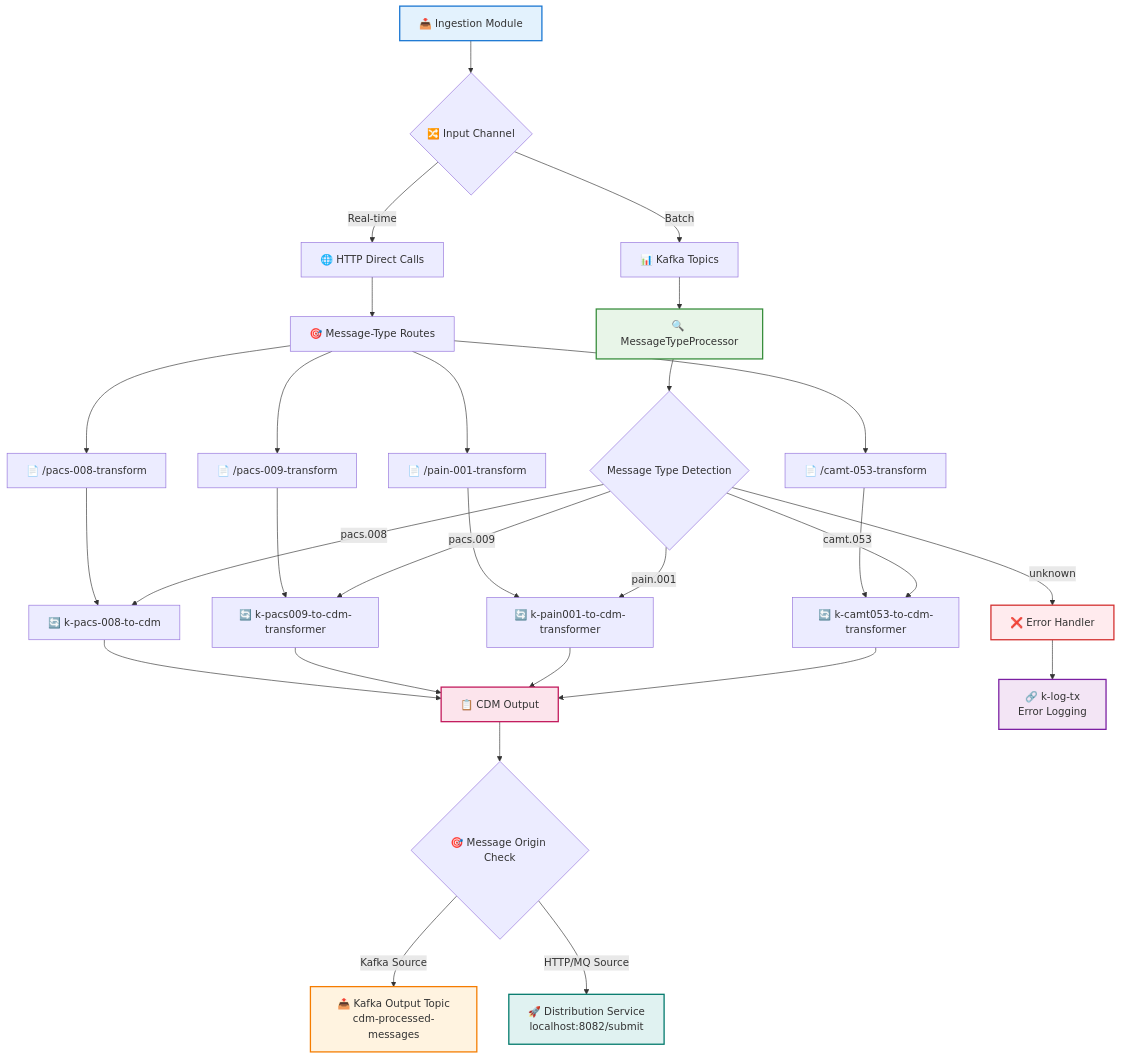
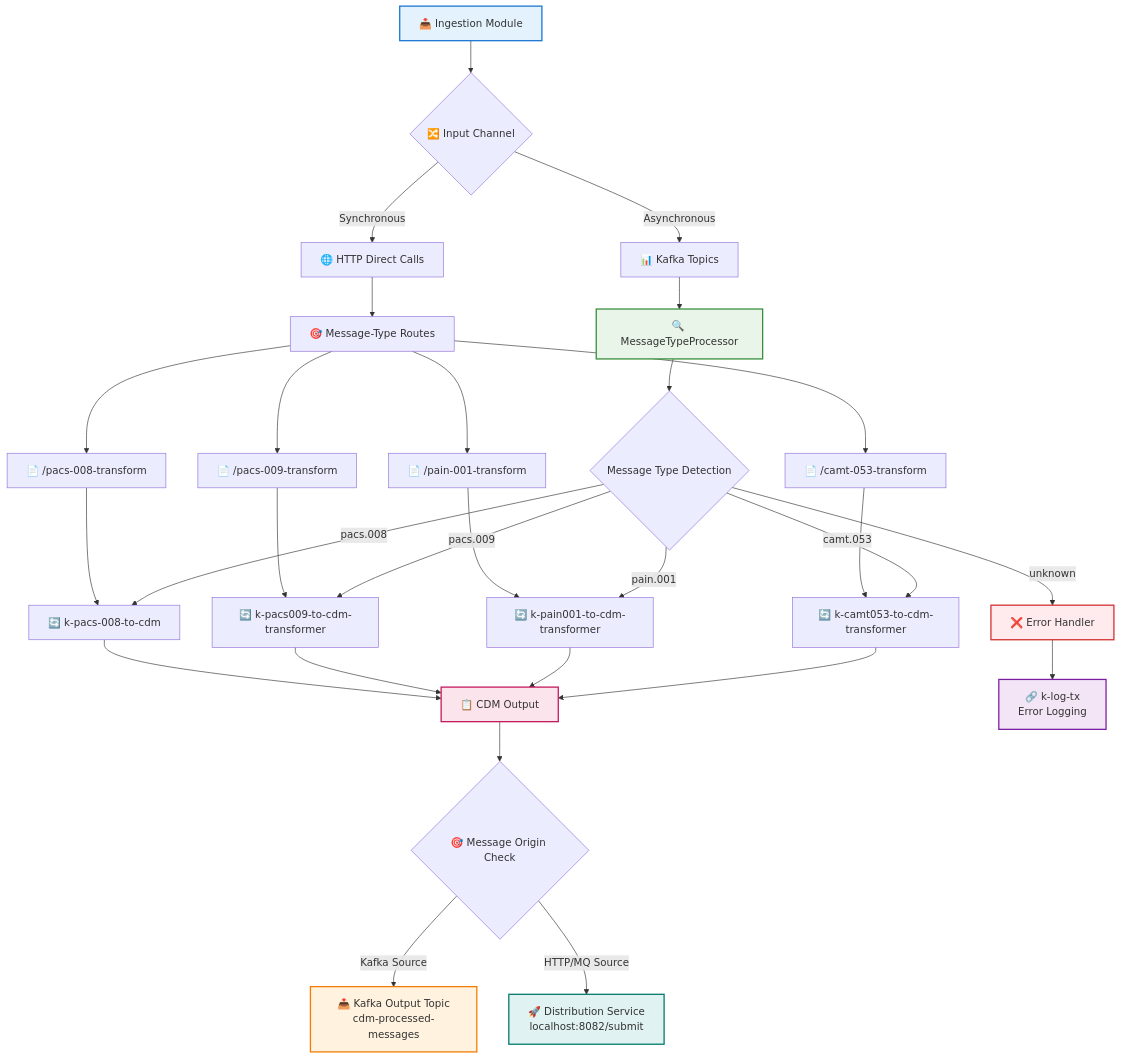
The diagram in business/README.md (nasreddine1985/pixel-v2), drawn with Mermaid before and after one commit. The commit also changed other lines of this file and 8 other files, not shown here.

Commit message:
(docs) update batch, real time expression by synchronous and asynchronous expression

````diff
--- a/business/README.md
+++ b/business/README.md
@@ -22,51 +22,51 @@
 ```mermaid
 flowchart TB
     A[📥 Ingestion Module]
 
     A --> B{🔀 Input Channel}
 
-    B -->|Real-time| C[🌐 HTTP Direct Calls]
-    B -->|Batch| D[📊 Kafka Topics]
+    B -->|Synchronous| C[🌐 HTTP Direct Calls]
+    B -->|Asynchronous| D[📊 Kafka Topics]
 
     C --> E[🎯 Message-Type Routes]
     D --> F[🔍 MessageTypeProcessor]
 
     E --> E1[📄 /pacs-008-transform]
     E --> E2[📄 /pacs-009-transform]
     E --> E3[📄 /pain-001-transform]
     E --> E4[📄 /camt-053-transform]
 
     F --> G{Message Type Detection}
 
     E1 --> H1[🔄 k-pacs-008-to-cdm]
     E2 --> H2[🔄 k-pacs009-to-cdm-transformer]
     E3 --> H3[🔄 k-pain001-to-cdm-transformer]
     E4 --> H4[🔄 k-camt053-to-cdm-transformer]
 
     G -->|pacs.008| H1
     G -->|pacs.009| H2
     G -->|pain.001| H3
     G -->|camt.053| H4
     G -->|unknown| I[❌ Error Handler]
 
     H1 --> J[📋 CDM Output]
     H2 --> J
     H3 --> J
     H4 --> J
 
     J --> K{🎯 Message Origin Check}
 
     K -->|Kafka Source| L[📤 Kafka Output Topic<br/>cdm-processed-messages]
     K -->|HTTP/MQ Source| M[🚀 Distribution Service<br/>localhost:8082/submit]
 
     I --> N[🔗 k-log-tx<br/>Error Logging]
 
     %% Styling
     style A fill:#e3f2fd,stroke:#1976d2,stroke-width:2px
     style F fill:#e8f5e8,stroke:#388e3c,stroke-width:2px
     style J fill:#fce4ec,stroke:#c2185b,stroke-width:2px
     style L fill:#fff3e0,stroke:#f57c00,stroke-width:2px
     style M fill:#e0f2f1,stroke:#00796b,stroke-width:2px
     style I fill:#ffebee,stroke:#d32f2f,stroke-width:2px
     style N fill:#f3e5f5,stroke:#7b1fa2,stroke-width:2px
 ```
````
